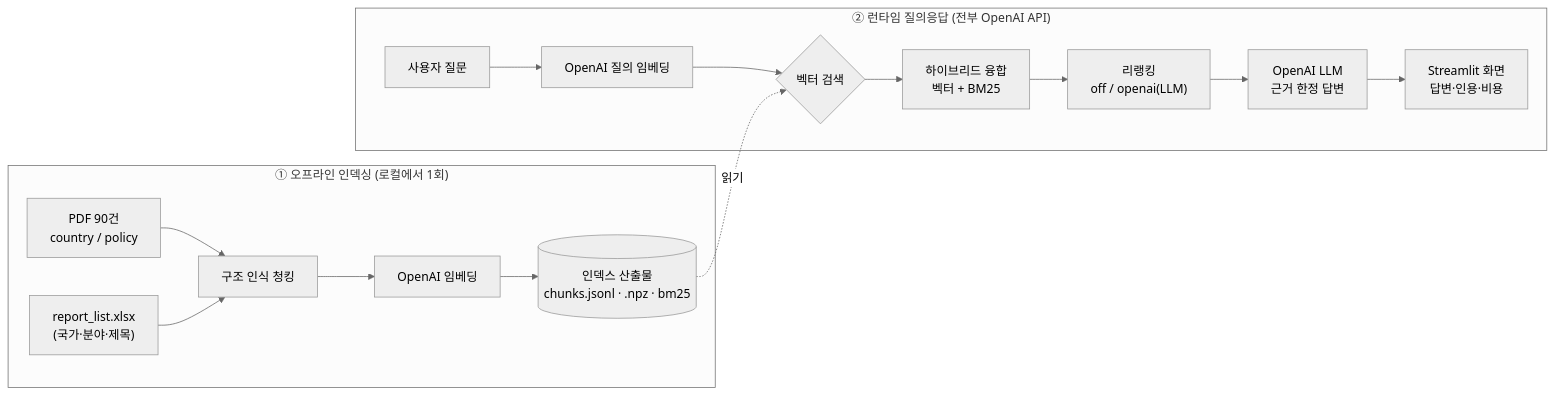
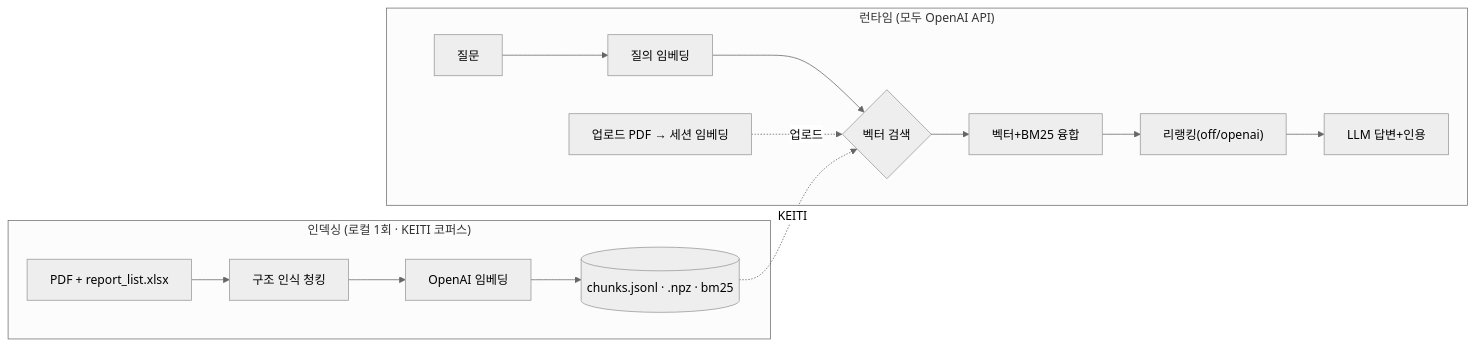
One commit to ElNino-o/konetic-report-rag changed the first of 2 diagrams in README.md. Above: the diagram before and after it, drawn with Mermaid (neutral theme). The commit also changed other lines of this file, not shown here.

````diff
--- a/README.md
+++ b/README.md
@@ -14,18 +16,13 @@
 ```mermaid
 flowchart LR
-  subgraph OFF["① 오프라인 인덱싱 (로컬에서 1회)"]
-    PDF["PDF 90건<br/>country / policy"] --> CH["구조 인식 청킹"]
-    XLS["report_list.xlsx<br/>(국가·분야·제목)"] --> CH
-    CH --> EMB["OpenAI 임베딩"]
-    EMB --> ART[("인덱스 산출물<br/>chunks.jsonl · .npz · bm25")]
+  subgraph IDX["인덱싱 (로컬 1회 · KEITI 코퍼스)"]
+    PDF["PDF + report_list.xlsx"] --> CK["구조 인식 청킹"]
+    CK --> EM["OpenAI 임베딩"] --> ART[("chunks.jsonl · .npz · bm25")]
   end
-  subgraph ON["② 런타임 질의응답 (전부 OpenAI API)"]
-    Q["사용자 질문"] --> QE["OpenAI 질의 임베딩"]
-    QE --> VS{"벡터 검색"}
-    ART -.읽기.-> VS
-    VS --> HY["하이브리드 융합<br/>벡터 + BM25"]
-    HY --> RR["리랭킹<br/>off / openai(LLM)"]
-    RR --> LLM["OpenAI LLM<br/>근거 한정 답변"]
-    LLM --> UI["Streamlit 화면<br/>답변·인용·비용"]
+  subgraph RUN["런타임 (모두 OpenAI API)"]
+    Q["질문"] --> QE["질의 임베딩"] --> VS{"벡터 검색"}
+    ART -.KEITI.-> VS
+    UP["업로드 PDF → 세션 임베딩"] -.업로드.-> VS
+    VS --> HY["벡터+BM25 융합"] --> RR["리랭킹(off/openai)"] --> LLM["LLM 답변+인용"]
   end
 ```
````
